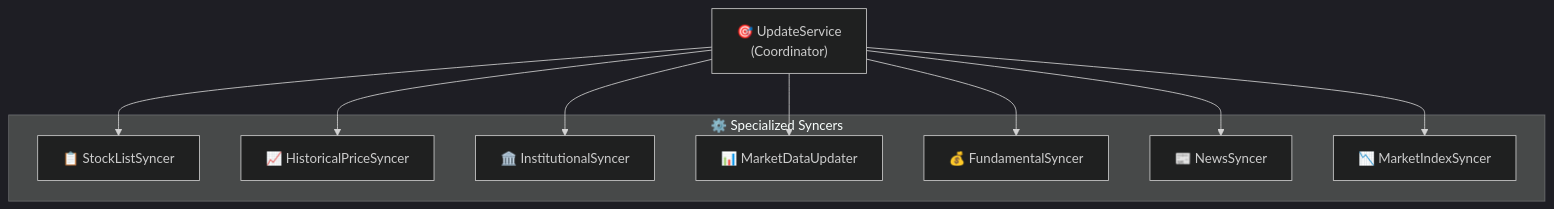
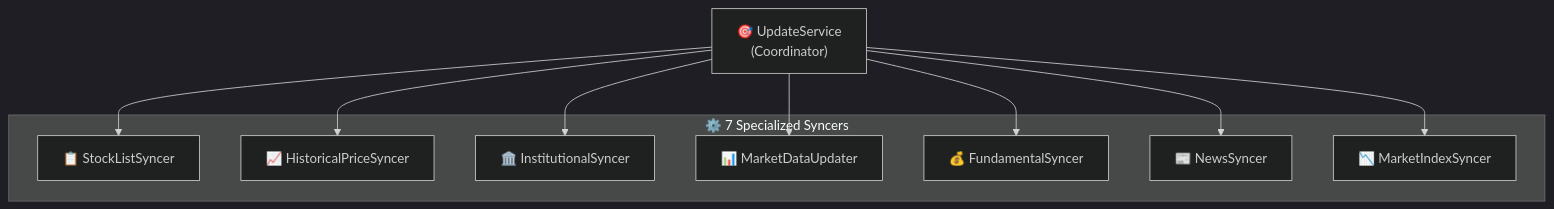
One commit to Neal75418/afterclose changed the fourth of 4 diagrams in CLAUDE.md. Above: the diagram before and after it, drawn with Mermaid (dark theme). The commit also changed other lines of this file and 2 other files, not shown here.

````diff
--- a/CLAUDE.md
+++ b/CLAUDE.md
@@ -158,22 +130,22 @@
 ```mermaid
 flowchart TB
     US["🎯 UpdateService<br/>(Coordinator)"]
 
-    subgraph Syncers["⚙️ Specialized Syncers"]
+    subgraph Syncers["⚙️ 7 Specialized Syncers"]
         SLS["📋 StockListSyncer"]
         HPS["📈 HistoricalPriceSyncer"]
         IS["🏛️ InstitutionalSyncer"]
         MDU["📊 MarketDataUpdater"]
         FS["💰 FundamentalSyncer"]
         NS["📰 NewsSyncer"]
         MIS["📉 MarketIndexSyncer"]
     end
 
     US --> SLS
     US --> HPS
     US --> IS
     US --> MDU
     US --> FS
     US --> NS
     US --> MIS
 ```
````
